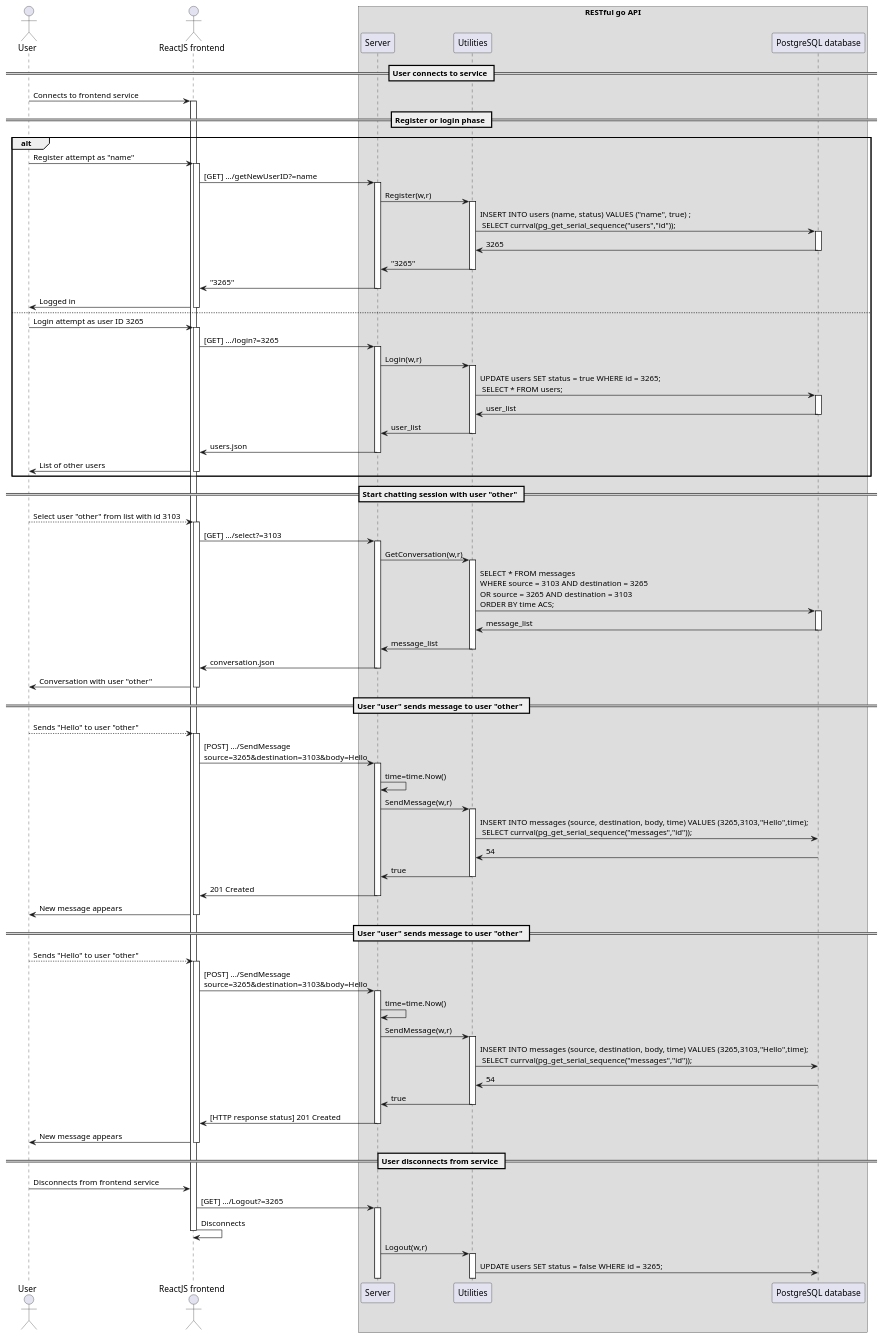
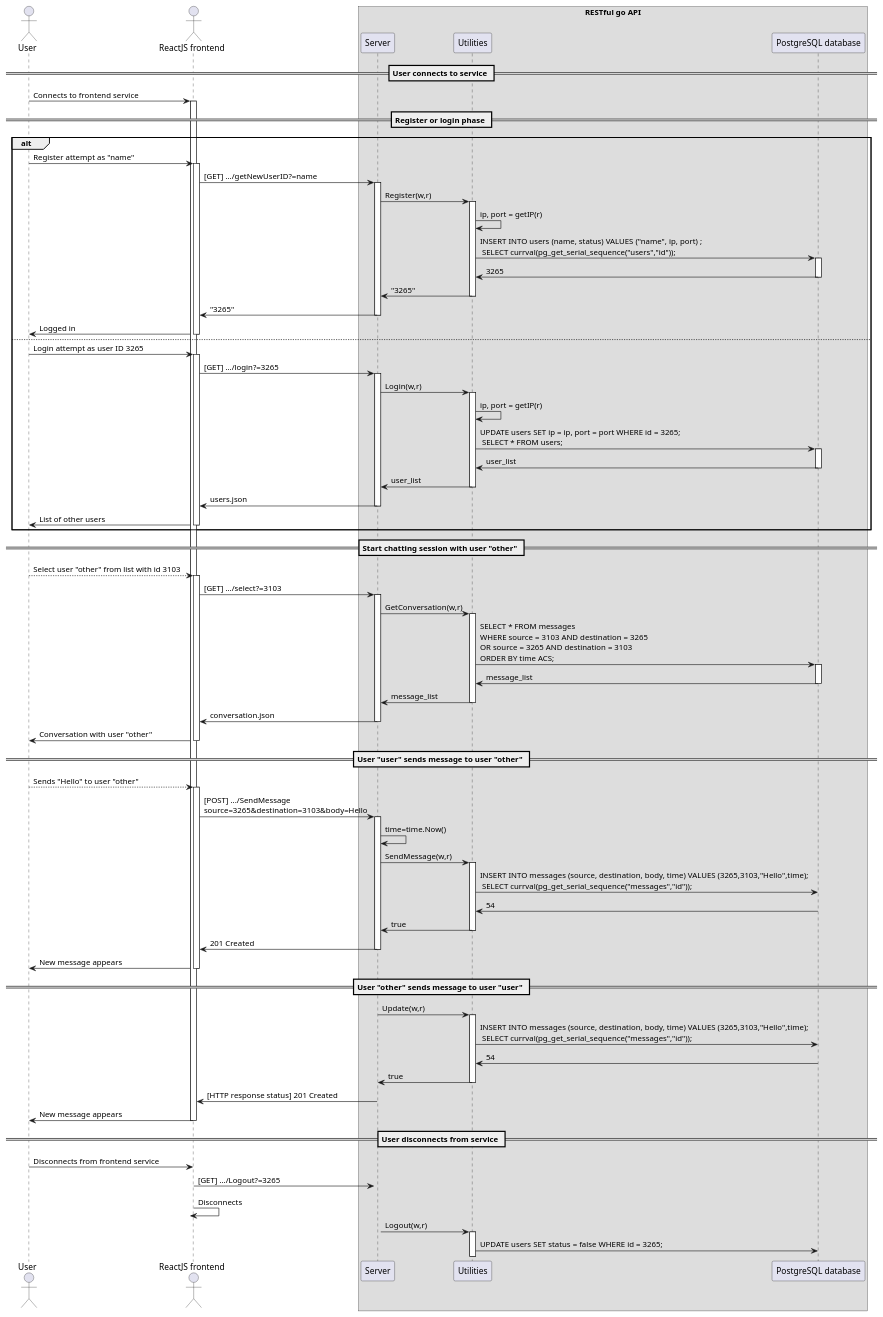
Before and after one commit to scanim-valentin/training-restful-go: the diagram in exercice_2/src/plantuml/sequence_white_box.wsd, drawn with PlantUML. The commit also changed 2 other files, not shown here.

Commit message:
e2: sequence diagram

```diff
--- a/exercice_2/src/plantuml/sequence_white_box.wsd
+++ b/exercice_2/src/plantuml/sequence_white_box.wsd
@@ -1,75 +1,75 @@
 @startuml  sequence_white_box 
 actor User
 
 actor "ReactJS frontend" as front
 box "RESTful go API"
   participant  "Server" as server
   participant "Utilities" as utils
   participant "PostgreSQL database" as db
 
 end box
 
 == User connects to service ==
 User -> front ++ : Connects to frontend service
   
 == Register or login phase ==
   alt
   User -> front++ : Register attempt as "name"
     front -> server++ : [GET] .../getNewUserID?=name
         server -> utils ++ : Register(w,r)
-            utils -> db ++  : INSERT INTO users (name, status) VALUES ("name", true) ;\n SELECT currval(pg_get_serial_sequence("users","id"));
+            utils -> utils : ip, port = getIP(r)
+            utils -> db ++  : INSERT INTO users (name, status) VALUES ("name", ip, port) ;\n SELECT currval(pg_get_serial_sequence("users","id"));
             db -> utils -- : 3265
         utils -> server -- : "3265"
     server -> front -- : "3265"
   front -> User -- : Logged in
   else
   User -> front++ : Login attempt as user ID 3265
     front -> server++ : [GET] .../login?=3265
         server -> utils ++ : Login(w,r)
-            utils -> db ++  : UPDATE users SET status = true WHERE id = 3265;\n SELECT * FROM users;
+            utils -> utils : ip, port = getIP(r)
+            utils -> db ++  : UPDATE users SET ip = ip, port = port WHERE id = 3265;\n SELECT * FROM users;
             db -> utils -- : user_list
         utils -> server -- : user_list
     server -> front -- : users.json
   front -> User -- : List of other users
   end
 
 == Start chatting session with user "other" == 
   User --> front ++ : Select user "other" from list with id 3103
     front -> server++ : [GET] .../select?=3103
         server -> utils ++ : GetConversation(w,r)
             utils -> db ++  : SELECT * FROM messages\nWHERE source = 3103 AND destination = 3265\nOR source = 3265 AND destination = 3103\nORDER BY time ACS;
             db -> utils -- : message_list
         utils -> server -- : message_list
     server -> front -- : conversation.json
   front -> User -- : Conversation with user "other"
 
 == User "user" sends message to user "other" == 
   User --> front ++ : Sends "Hello" to user "other"
     front -> server++ : [POST] .../SendMessage\nsource=3265&destination=3103&body=Hello
         server -> server : time=time.Now()
         server -> utils ++ : SendMessage(w,r)
             utils -> db  : INSERT INTO messages (source, destination, body, time) VALUES (3265,3103,"Hello",time);\n SELECT currval(pg_get_serial_sequence("messages","id"));
             db -> utils -- : 54
         utils -> server -- : true
     server -> front -- : 201 Created
   front -> User -- : New message appears
 
-== User "user" sends message to user "other" == 
-  User --> front ++ : Sends "Hello" to user "other"
-    front -> server++ : [POST] .../SendMessage\nsource=3265&destination=3103&body=Hello
-        server -> server : time=time.Now()
-        server -> utils ++ : SendMessage(w,r)
+== User "other" sends message to user "user" == 
+        ''TODO
+        server -> utils ++ : Update(w,r)
             utils -> db  : INSERT INTO messages (source, destination, body, time) VALUES (3265,3103,"Hello",time);\n SELECT currval(pg_get_serial_sequence("messages","id"));
             db -> utils -- : 54
         utils -> server -- : true
     server -> front -- : [HTTP response status] 201 Created
   front -> User -- : New message appears
 
 == User disconnects from service ==  
 User -> front : Disconnects from frontend service
 front -> server++ : [GET] .../Logout?=3265
     front -> front -- : Disconnects
     server -> utils ++ : Logout(w,r)
         utils -> db  : UPDATE users SET status = false WHERE id = 3265;
 
 @enduml
```
